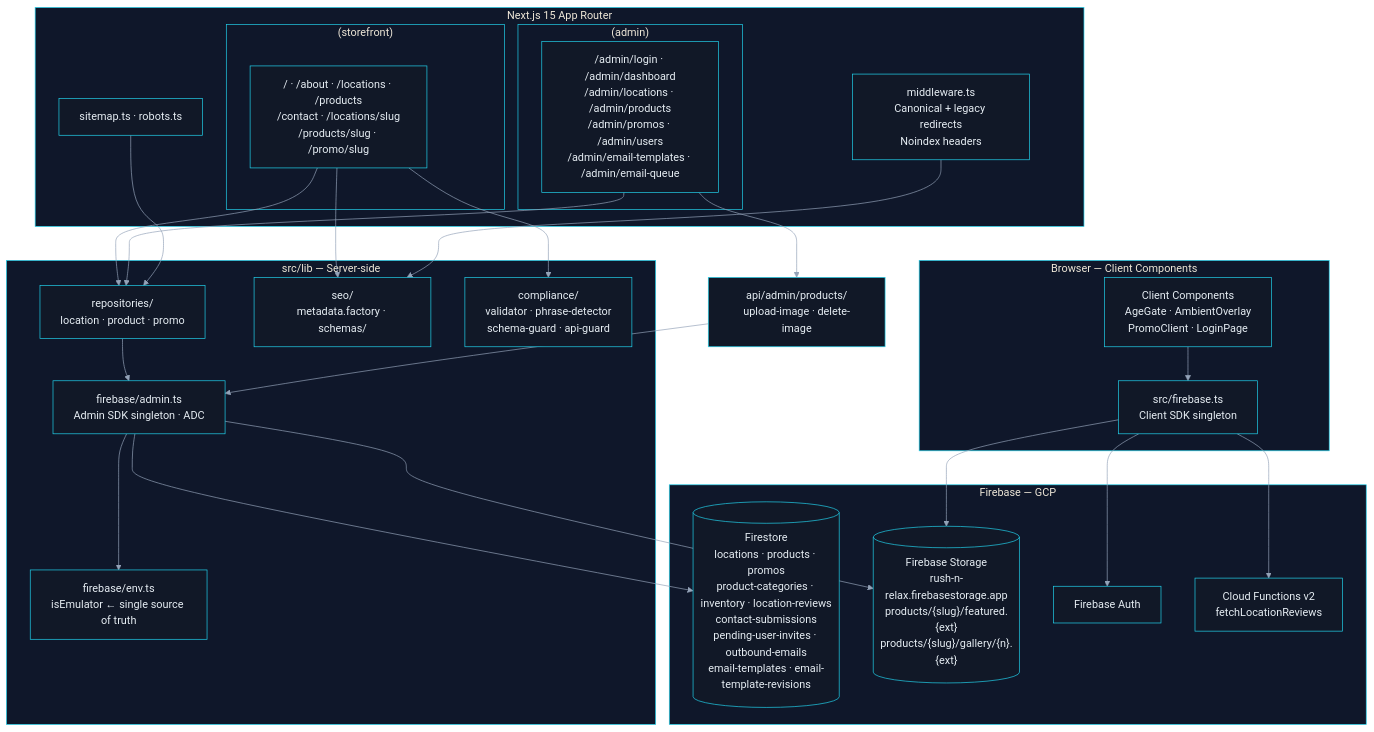
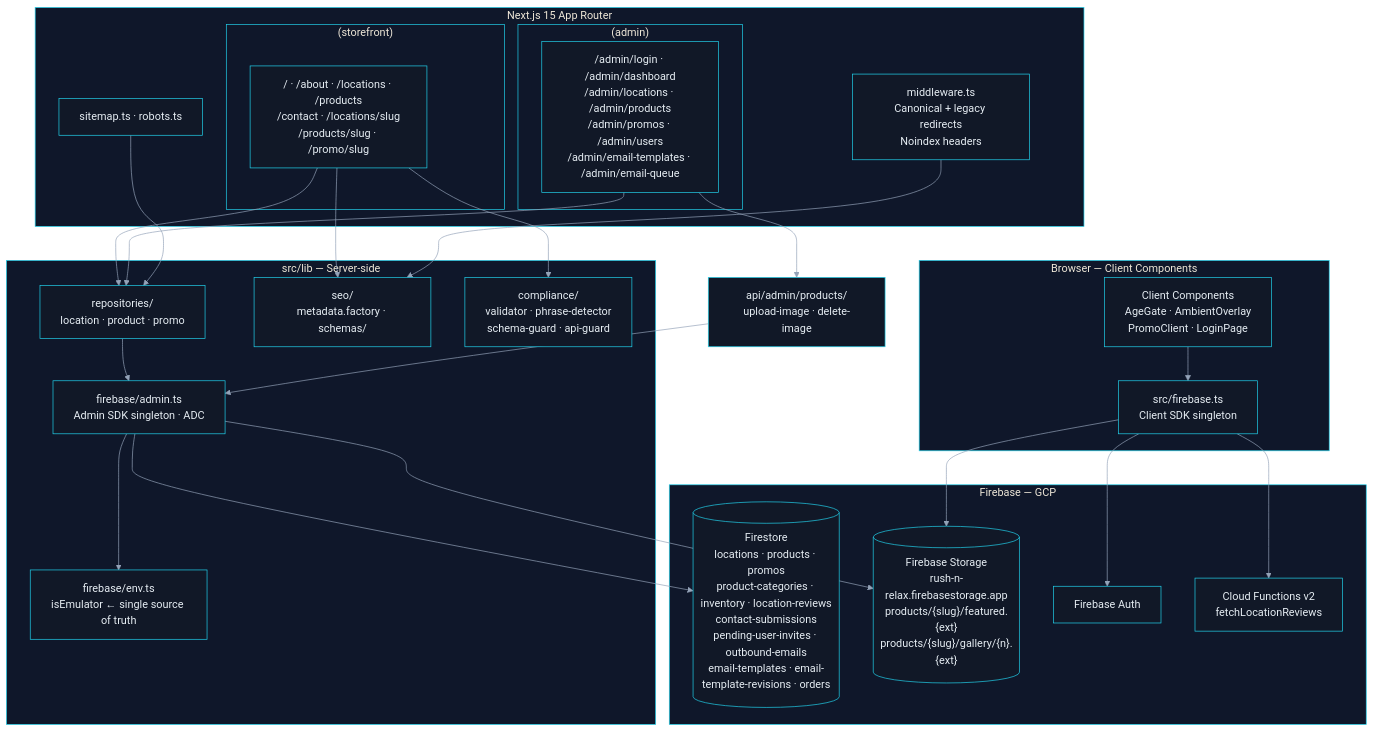
The second of 5 diagrams in docs/engineering/architecture.md (brewski-beers/rush-n-relax), drawn with Mermaid before and after one commit. The commit also changed other lines of this file and 19 other files, not shown here.

````diff
--- a/docs/engineering/architecture.md
+++ b/docs/engineering/architecture.md
@@ -59,55 +59,55 @@
 ```mermaid
 %%{init: {'theme': 'base', 'themeVariables': {'background': '#0b0f17', 'primaryColor': '#111827', 'primaryTextColor': '#e6edf3', 'primaryBorderColor': '#22d3ee', 'lineColor': '#94a3b8', 'secondaryColor': '#0f172a', 'tertiaryColor': '#111827', 'clusterBkg': '#0f172a', 'clusterBorder': '#22d3ee', 'fontFamily': 'Avenir Next, Avenir, Segoe UI, sans-serif'}}}%%
 
 graph TB
 
     subgraph CLIENT["Browser — Client Components"]
         CSK["src/firebase.ts\nClient SDK singleton"]
         CC["Client Components\nAgeGate · AmbientOverlay\nPromoClient · LoginPage"]
     end
 
     subgraph NEXT["Next.js 15 App Router"]
         MW["middleware.ts\nCanonical + legacy redirects\nNoindex headers"]
         subgraph SF["(storefront)"]
             SFP["/ · /about · /locations · /products\n/contact · /locations/slug\n/products/slug · /promo/slug"]
         end
         subgraph ADM["(admin)"]
             ADMP["/admin/login · /admin/dashboard\n/admin/locations · /admin/products\n/admin/promos · /admin/users\n/admin/email-templates · /admin/email-queue"]
         end
         SITE["sitemap.ts · robots.ts"]
     end
 
     subgraph LIB["src/lib — Server-side"]
         ENV["firebase/env.ts\nisEmulator ← single source of truth"]
         ADMIN["firebase/admin.ts\nAdmin SDK singleton · ADC"]
         REPO["repositories/\nlocation · product · promo"]
         SEO["seo/\nmetadata.factory · schemas/"]
         COMP["compliance/\nvalidator · phrase-detector\nschema-guard · api-guard"]
     end
 
     subgraph GCP["Firebase — GCP"]
-        FS[("Firestore\nlocations · products · promos\nproduct-categories · inventory · location-reviews\ncontact-submissions\npending-user-invites · outbound-emails\nemail-templates · email-template-revisions")]
+        FS[("Firestore\nlocations · products · promos\nproduct-categories · inventory · location-reviews\ncontact-submissions\npending-user-invites · outbound-emails\nemail-templates · email-template-revisions · orders")]
         GCS[("Firebase Storage\nrush-n-relax.firebasestorage.app\nproducts/{slug}/featured.{ext}\nproducts/{slug}/gallery/{n}.{ext}")]
         AUTH["Firebase Auth"]
         FN["Cloud Functions v2\nfetchLocationReviews"]
     end
 
     CC --> CSK
     CSK --> AUTH
     CSK --> FN
     CSK --> GCS
     SFP --> REPO
     SFP --> SEO
     SFP --> COMP
     ADMP --> REPO
     ADMP --> UPLOAD["api/admin/products/\nupload-image · delete-image"]
     SITE --> REPO
     REPO --> ADMIN
     UPLOAD --> ADMIN
     ADMIN --> ENV
     ADMIN --> FS
     ADMIN --> GCS
     MW --> SEO
 
     classDef title fill:#020617,color:#e6edf3,stroke:#22d3ee,stroke-width:2px;
 ```
````
